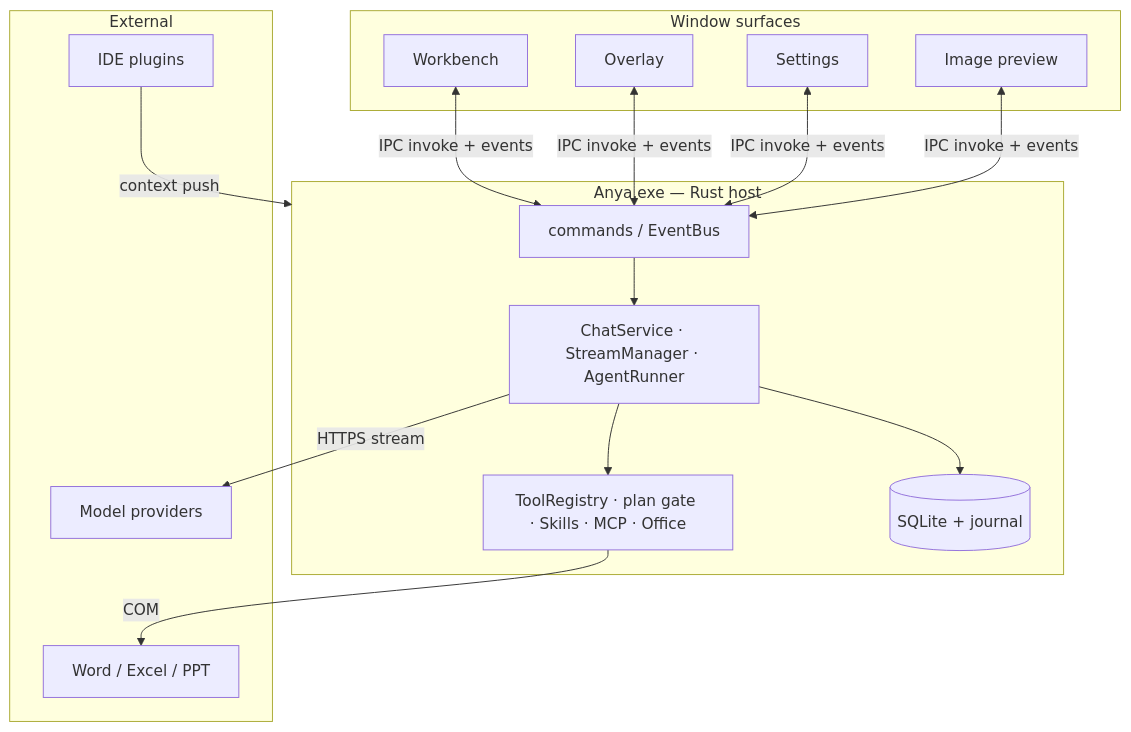
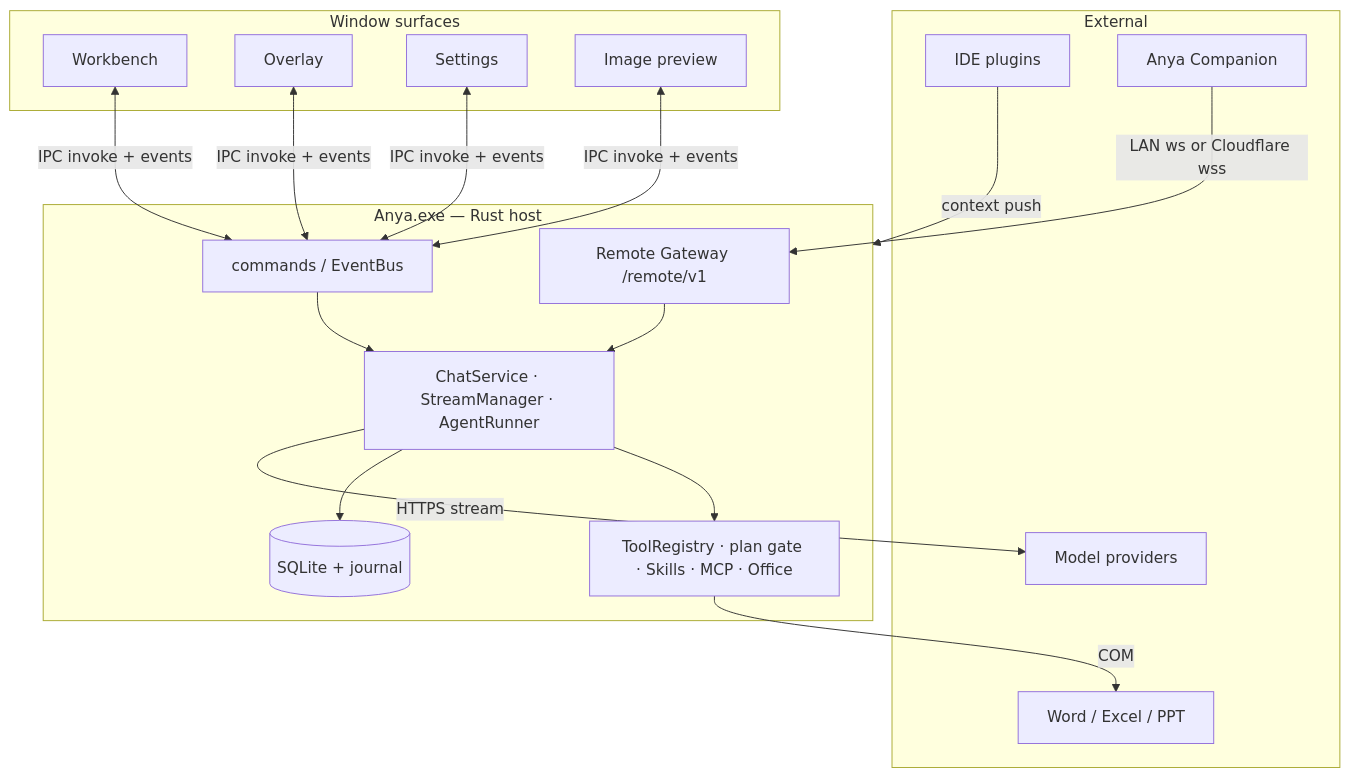
The second of 2 diagrams in README.md (rururunu/Anya), drawn with Mermaid before and after one commit. The commit also changed other lines of this file and 71 other files, not shown here.

````diff
--- a/README.md
+++ b/README.md
@@ -184,30 +215,34 @@
 ```mermaid
 flowchart TB
   subgraph Surfaces["Window surfaces"]
     WB[Workbench]
     OV[Overlay]
     ST[Settings]
     PV[Image preview]
   end
 
   subgraph Host["Anya.exe — Rust host"]
     CMD[commands / EventBus]
     CHAT[ChatService · StreamManager · AgentRunner]
     TOOLS[ToolRegistry · plan gate · Skills · MCP · Office]
+    GW[Remote Gateway /remote/v1]
     STORE[(SQLite + journal)]
   end
 
   subgraph External["External"]
     LLM[Model providers]
     IDE[IDE plugins]
     OFFICE[Word / Excel / PPT]
+    PH[Anya Companion]
   end
 
   WB & OV & ST & PV <-->|IPC invoke + events| CMD
   CMD --> CHAT
   CHAT --> TOOLS
   CHAT --> STORE
+  GW --> CHAT
   CHAT -->|HTTPS stream| LLM
   IDE -->|context push| Host
   TOOLS -->|COM| OFFICE
+  PH -->|LAN ws or Cloudflare wss| GW
 ```
````
